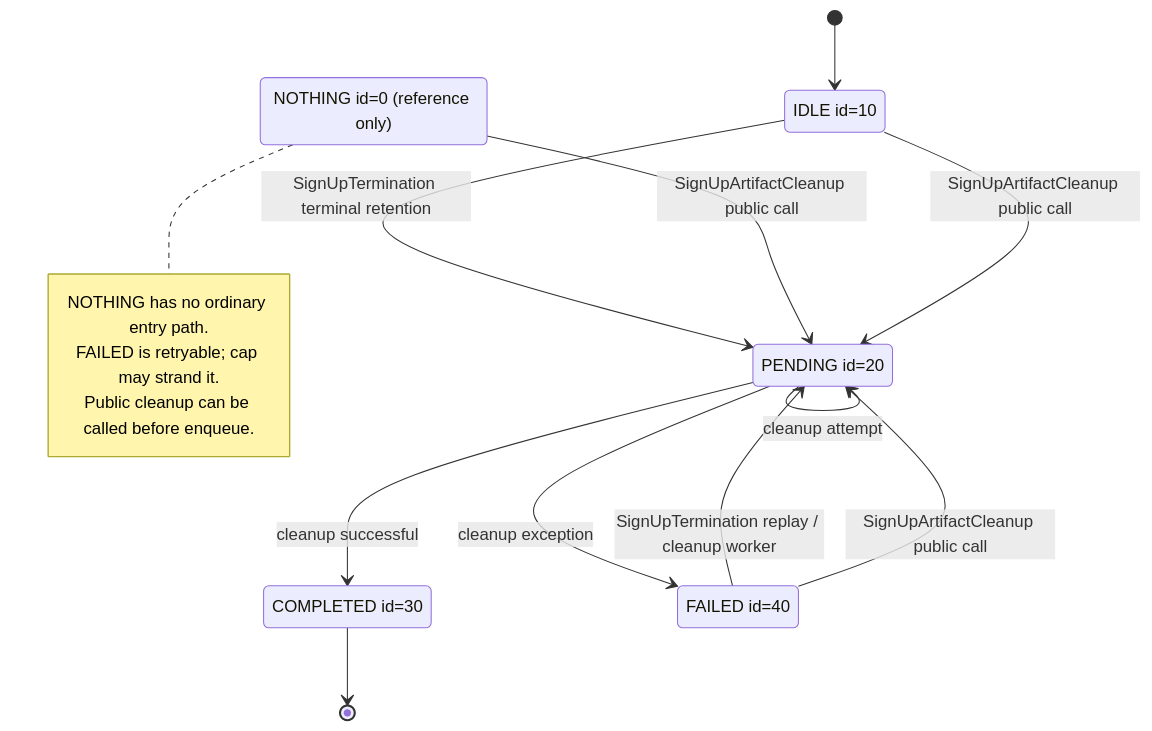
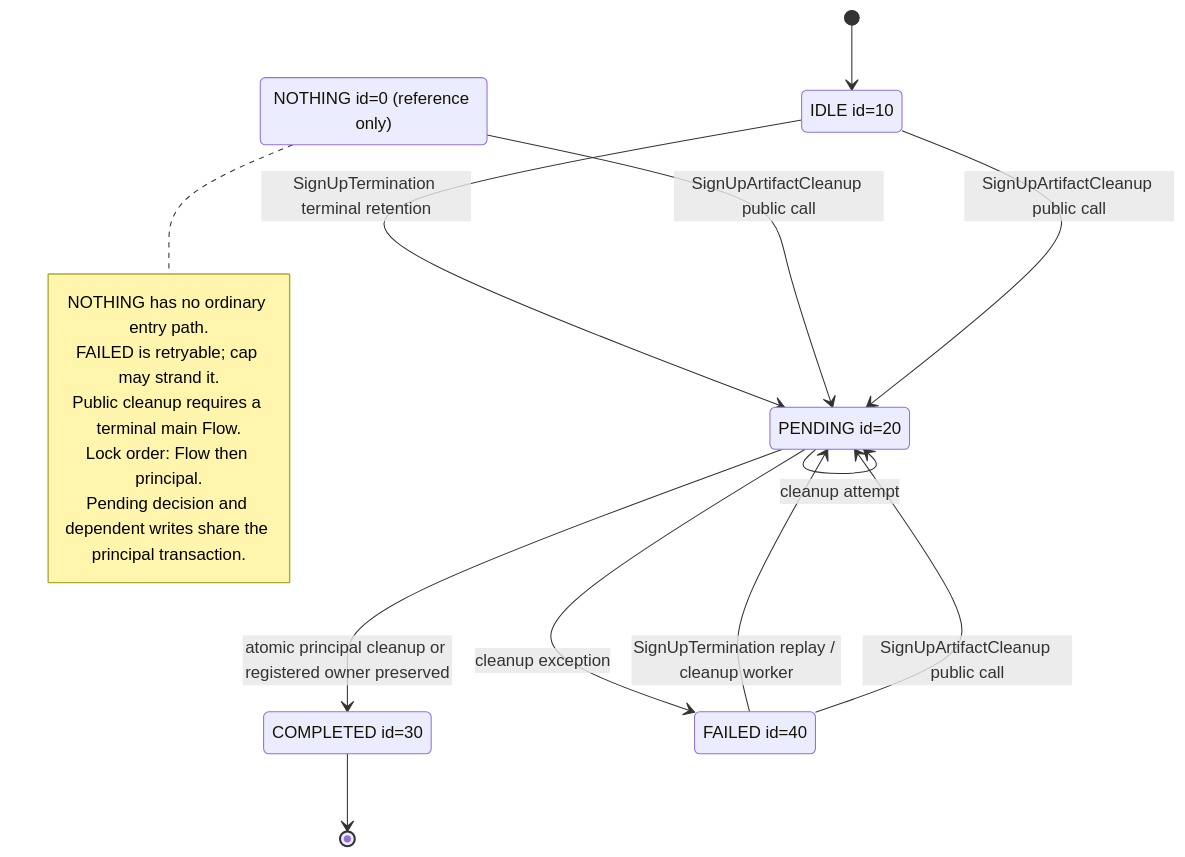
The diagram in docs/mermaid/idp-client-sign-up-cleanup.mmd (seahal/umaxica-apps-jit-global), drawn with Mermaid before and after one commit. The commit also changed 1362 other files, not shown here.

```diff
--- a/docs/mermaid/idp-client-sign-up-cleanup.mmd
+++ b/docs/mermaid/idp-client-sign-up-cleanup.mmd
@@ -1,22 +1,24 @@
 stateDiagram-v2
     %% CURRENT implementation; sources and guards in transition inventory.
     state "NOTHING id=0 (reference only)" as NOTHING
     state "IDLE id=10" as IDLE
     state "PENDING id=20" as PENDING
     state "COMPLETED id=30" as COMPLETED
     state "FAILED id=40" as FAILED
     [*] --> IDLE
     IDLE --> PENDING: SignUpTermination terminal retention
     FAILED --> PENDING: SignUpTermination replay / cleanup worker
-    PENDING --> COMPLETED: cleanup successful
+    PENDING --> COMPLETED: atomic principal cleanup or registered owner preserved
     PENDING --> FAILED: cleanup exception
     PENDING --> PENDING: cleanup attempt
     COMPLETED --> [*]
     NOTHING --> PENDING: SignUpArtifactCleanup public call
     IDLE --> PENDING: SignUpArtifactCleanup public call
     FAILED --> PENDING: SignUpArtifactCleanup public call
     note right of NOTHING
         NOTHING has no ordinary entry path.
         FAILED is retryable; cap may strand it.
-        Public cleanup can be called before enqueue.
+        Public cleanup requires a terminal main Flow.
+        Lock order: Flow then principal.
+        Pending decision and dependent writes share the principal transaction.
     end note
```
